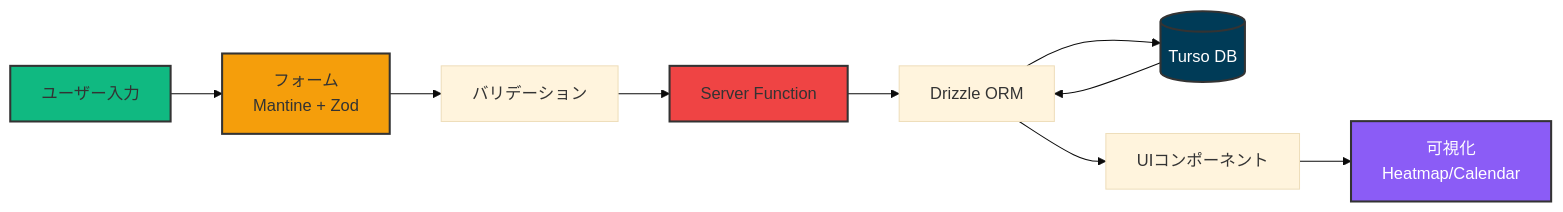
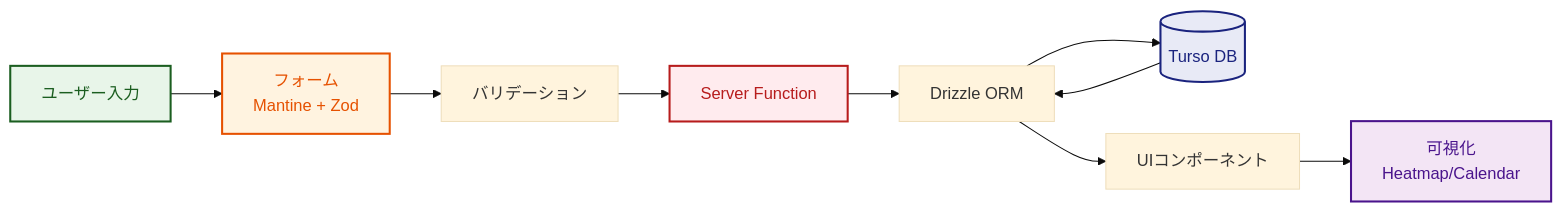
The fourth of 5 diagrams in README.md (sc30gsw/tanstack-start-habits-tracker), drawn with Mermaid (base theme) before and after one commit.

Commit message:
fix: 可視化コンポーネントのスタイルを改善し、色を更新

````diff
--- a/README.md
+++ b/README.md
@@ -215,17 +215,17 @@
 ```mermaid
 graph LR
     User[ユーザー入力] --> Form[フォーム<br/>Mantine + Zod]
     Form --> Validate[バリデーション]
     Validate --> ServerFn[Server Function]
     ServerFn --> Drizzle[Drizzle ORM]
     Drizzle --> Turso[(Turso DB)]
     Turso --> Drizzle
     Drizzle --> UI[UIコンポーネント]
     UI --> Viz[可視化<br/>Heatmap/Calendar]
 
-    style User fill:#10B981,stroke:#333,stroke-width:2px
-    style Form fill:#F59E0B,stroke:#333,stroke-width:2px
-    style ServerFn fill:#EF4444,stroke:#333,stroke-width:2px
-    style Turso fill:#003B57,stroke:#333,stroke-width:2px,color:#fff
-    style Viz fill:#8B5CF6,stroke:#333,stroke-width:2px,color:#fff
+    style User fill:#E8F5E9,stroke:#1B5E20,stroke-width:2px,color:#1B5E20
+    style Form fill:#FFF3E0,stroke:#E65100,stroke-width:2px,color:#E65100
+    style ServerFn fill:#FFEBEE,stroke:#B71C1C,stroke-width:2px,color:#B71C1C
+    style Turso fill:#E8EAF6,stroke:#1A237E,stroke-width:2px,color:#1A237E
+    style Viz fill:#F3E5F5,stroke:#4A148C,stroke-width:2px,color:#4A148C
 ```
````
